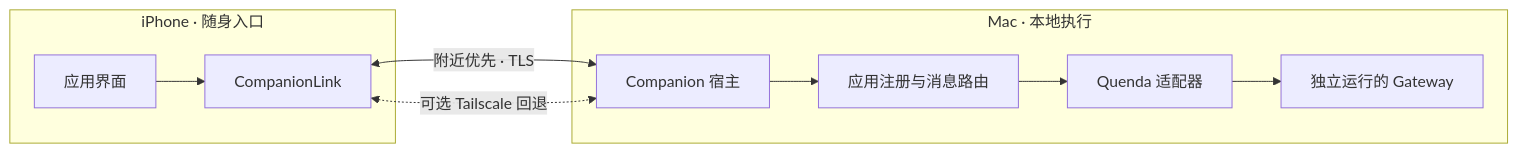
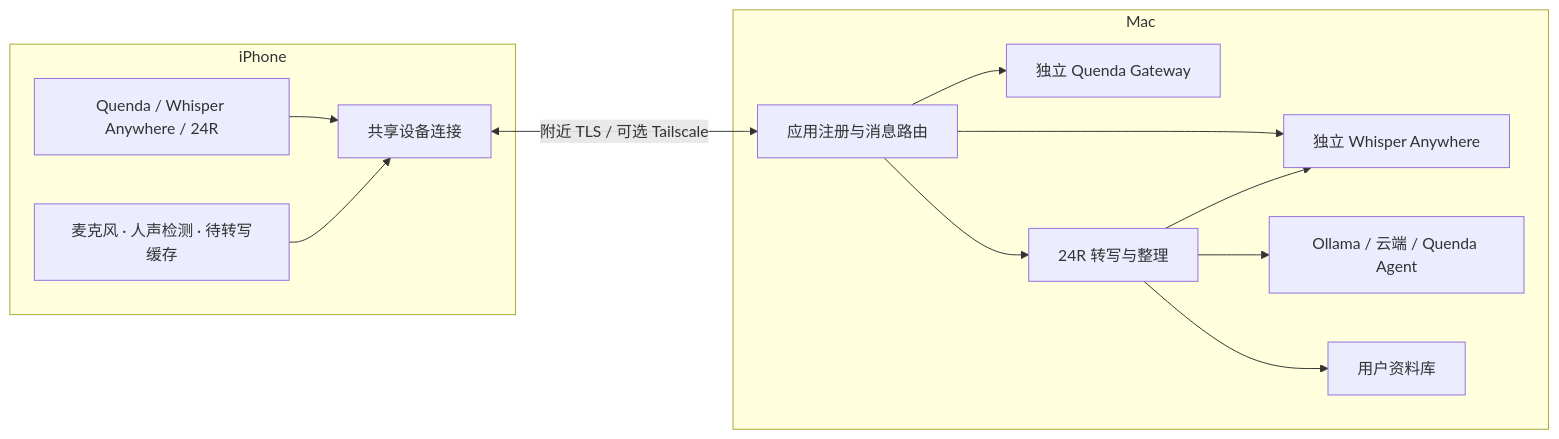
Before and after one commit to AgentDaily/companion: the diagram in README.md, drawn with Mermaid. The commit also changed other lines of this file and 120 other files, not shown here.

First line of the commit message:
Add 24R recording, vault storage and Companion integrations

````diff
--- a/README.md
+++ b/README.md
@@ -71,13 +164,16 @@
 ```mermaid
 flowchart LR
-    subgraph Phone["iPhone · 随身入口"]
-        UI["应用界面"] --> Link["CompanionLink"]
+    subgraph Phone["iPhone"]
+        UI["Quenda / Whisper Anywhere / 24R"] --> Link["共享设备连接"]
+        Mic["麦克风 · 人声检测 · 待转写缓存"] --> Link
     end
-    Link <-->|"附近优先 · TLS"| Host
-    Link <-.->|"可选 Tailscale 回退"| Host
-    subgraph Mac["Mac · 本地执行"]
-        Host["Companion 宿主"] --> Registry["应用注册与消息路由"]
-        Registry --> Quenda["Quenda 适配器"]
-        Quenda --> Gateway["独立运行的 Gateway"]
+    Link <-->|"附近 TLS / 可选 Tailscale"| Host
+    subgraph Mac["Mac"]
+        Host["应用注册与消息路由"] --> Gateway["独立 Quenda Gateway"]
+        Host --> ASR["独立 Whisper Anywhere"]
+        Host --> Record["24R 转写与整理"]
+        Record --> ASR
+        Record --> Model["Ollama / 云端 / Quenda Agent"]
+        Record --> Vault["用户资料库"]
     end
 ```
````
